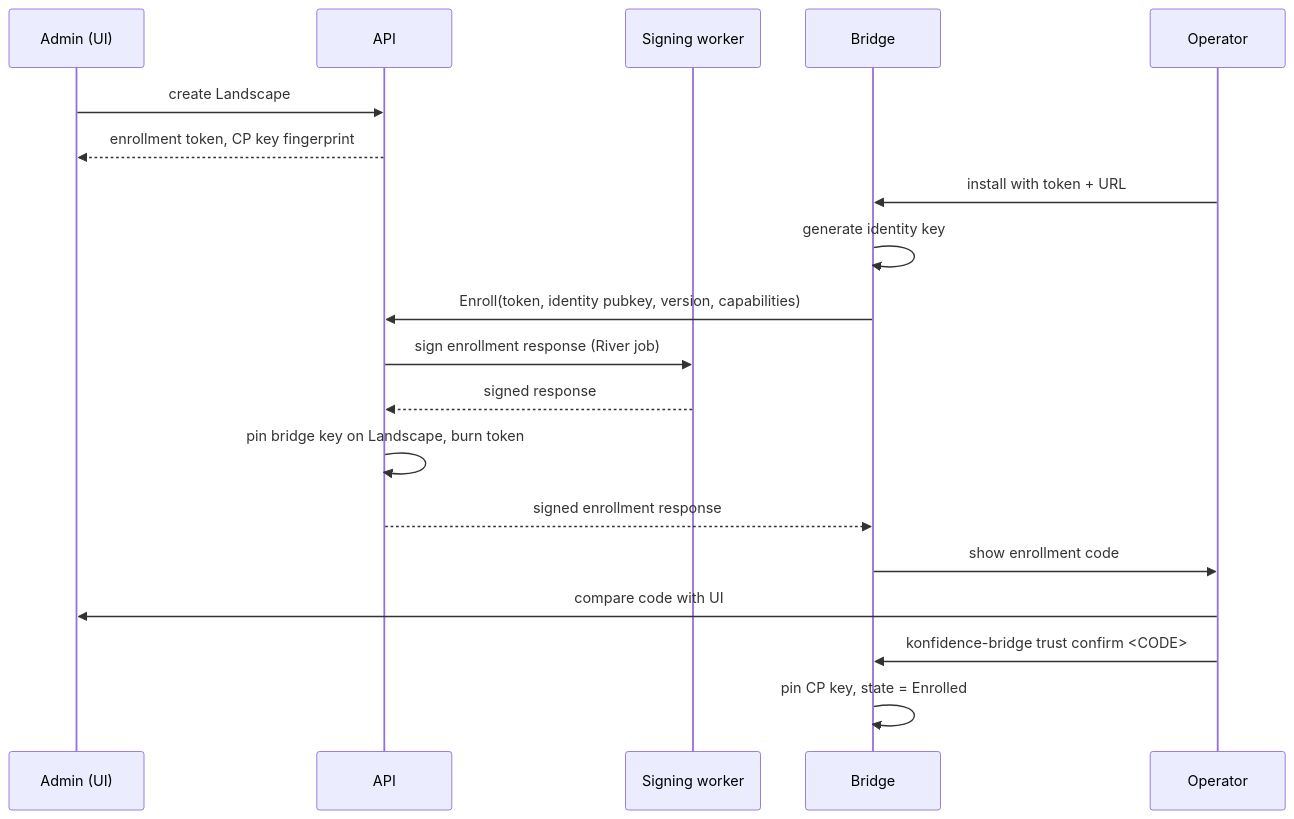
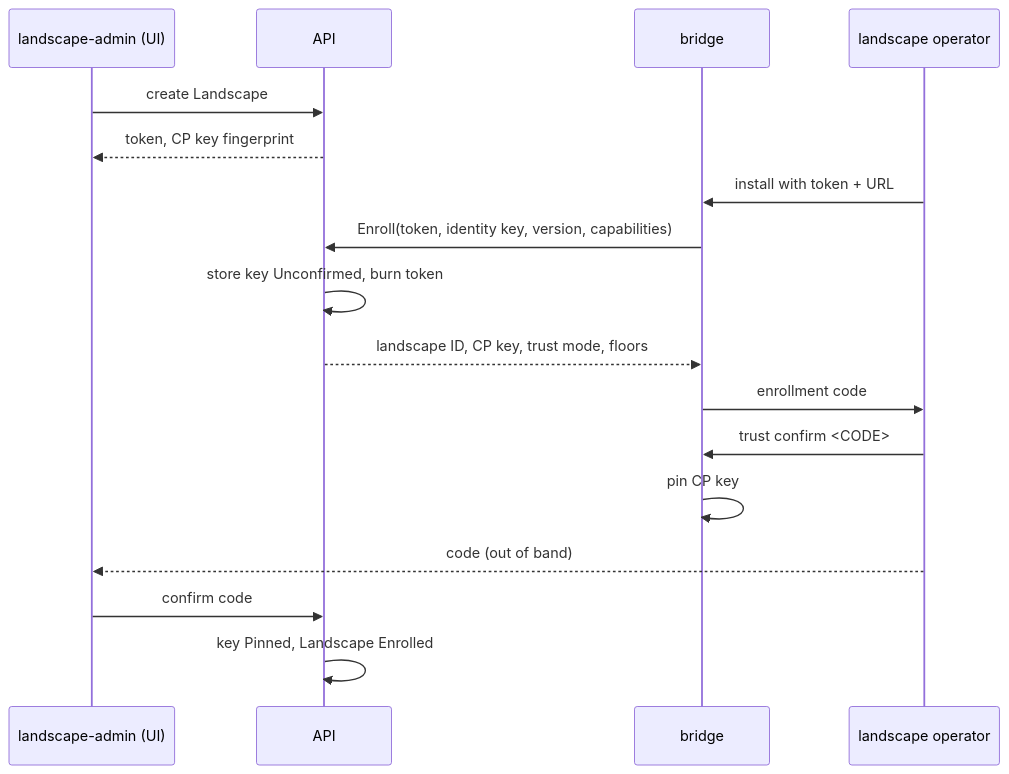
The diagram in docs/design/04-trust-and-attestation.md (nirnanaaa/konfidence), drawn with Mermaid before and after one commit. The commit also changed other lines of this file and 12 other files, not shown here.

Commit message:
docs(design): apply adversarial review, add roadmap and ADR-0001

````diff
--- a/docs/design/04-trust-and-attestation.md
+++ b/docs/design/04-trust-and-attestation.md
@@ -53,21 +69,19 @@
 ```mermaid
 sequenceDiagram
-    participant Admin as Admin (UI)
+    participant Ad as landscape-admin (UI)
     participant API
-    participant W as Signing worker
-    participant B as Bridge
-    participant Op as Operator
-    Admin->>API: create Landscape
-    API-->>Admin: enrollment token, CP key fingerprint
+    participant B as bridge
+    participant Op as landscape operator
+    Ad->>API: create Landscape
+    API-->>Ad: token, CP key fingerprint
     Op->>B: install with token + URL
-    B->>B: generate identity key
-    B->>API: Enroll(token, identity pubkey, version, capabilities)
-    API->>W: sign enrollment response (River job)
-    W-->>API: signed response
-    API->>API: pin bridge key on Landscape, burn token
-    API-->>B: signed enrollment response
-    B->>Op: show enrollment code
-    Op->>Admin: compare code with UI
-    Op->>B: konfidence-bridge trust confirm <CODE>
-    B->>B: pin CP key, state = Enrolled
+    B->>API: Enroll(token, identity key, version, capabilities)
+    API->>API: store key Unconfirmed, burn token
+    API-->>B: landscape ID, CP key, trust mode, floors
+    B->>Op: enrollment code
+    Op->>B: trust confirm <CODE>
+    B->>B: pin CP key
+    Op-->>Ad: code (out of band)
+    Ad->>API: confirm code
+    API->>API: key Pinned, Landscape Enrolled
 ```
````
